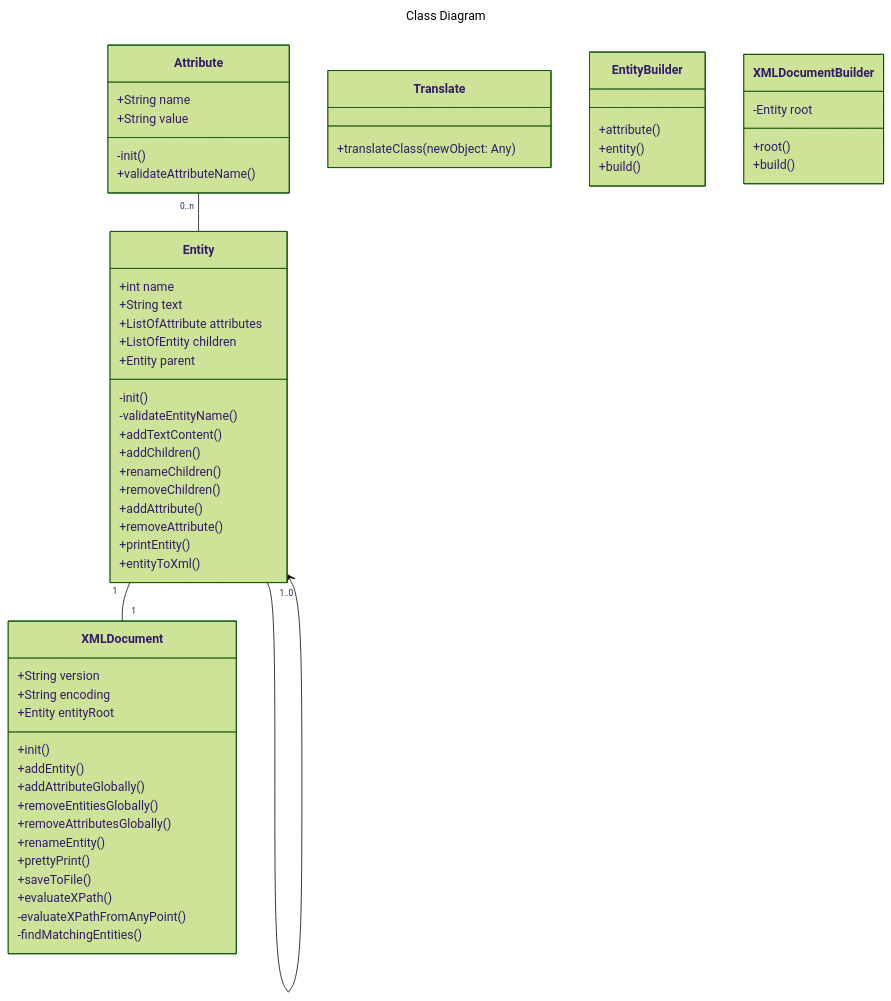
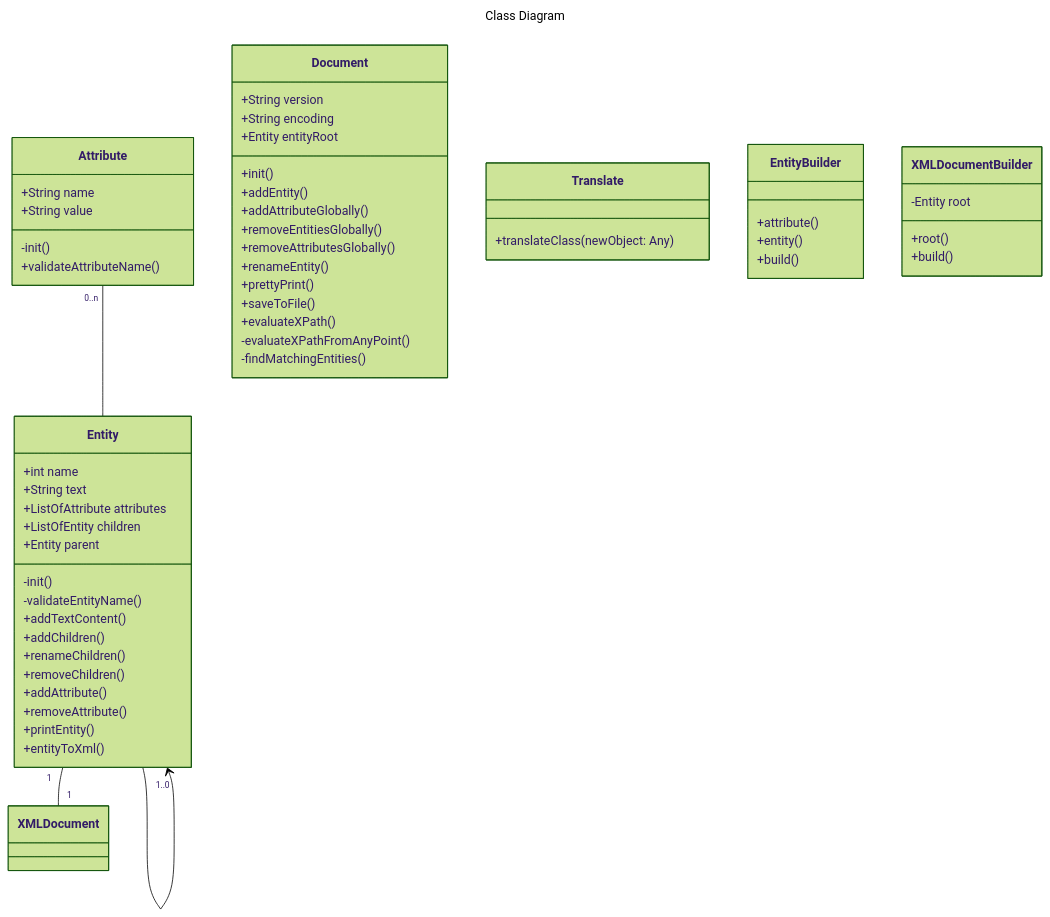
One commit to mjccardoso/XMLManipulationLibrary changed the diagram in README.md. Above: the diagram before and after it, drawn with Mermaid (forest theme). The commit also changed other lines of this file and 1 other file, not shown here.

Commit message:
change on README update document name

````diff
--- a/README.md
+++ b/README.md
@@ -38,68 +38,68 @@
 ```mermaid
 ---
 title: Class Diagram
 ---
 classDiagram
     Entity -->"1..0" Entity
     Attribute "0..n"-- Entity
     Entity "1"--"1" XMLDocument
     class Attribute{
         +String name
         +String value
         
         -init()
         +validateAttributeName() 
         }
         
     class Entity{
         +int name
         +String text
         +ListOfAttribute attributes
         +ListOfEntity children
         +Entity parent
         
         -init()
         -validateEntityName()
         +addTextContent()
         +addChildren()
         +renameChildren()
         +removeChildren()
         +addAttribute()
         +removeAttribute()
         +printEntity()
         +entityToXml()
     }
     
-    class XMLDocument{
+    class Document{
         +String version
         +String encoding
         +Entity entityRoot
         +init()
         +addEntity()
         +addAttributeGlobally()
         +removeEntitiesGlobally()
         +removeAttributesGlobally()
         +renameEntity()
         +prettyPrint()
         +saveToFile()
         +evaluateXPath()
         -evaluateXPathFromAnyPoint()
         -findMatchingEntities()
     }
 
     class Translate{
         +translateClass(newObject: Any)
     }
 
     class EntityBuilder{
         +attribute()
         +entity()
         +build()
     }
     
     class XMLDocumentBuilder{
         -Entity root
         +root()
         +build()
     }
 ```
````
